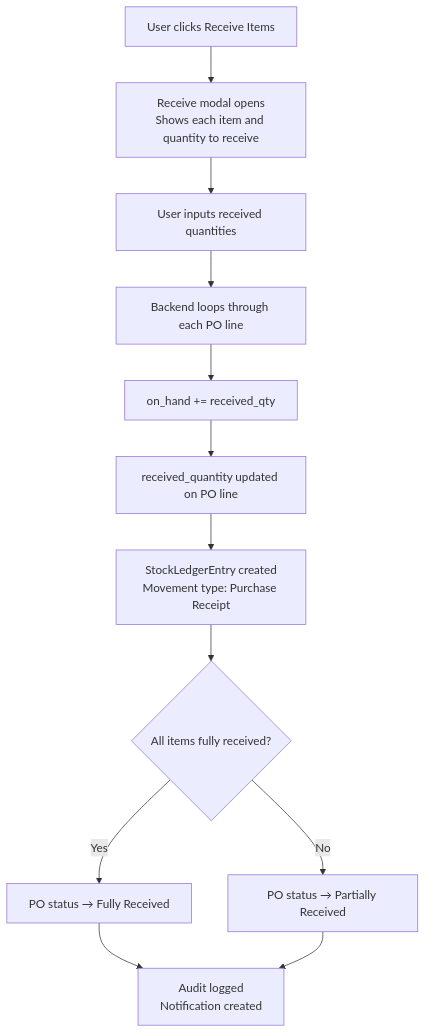
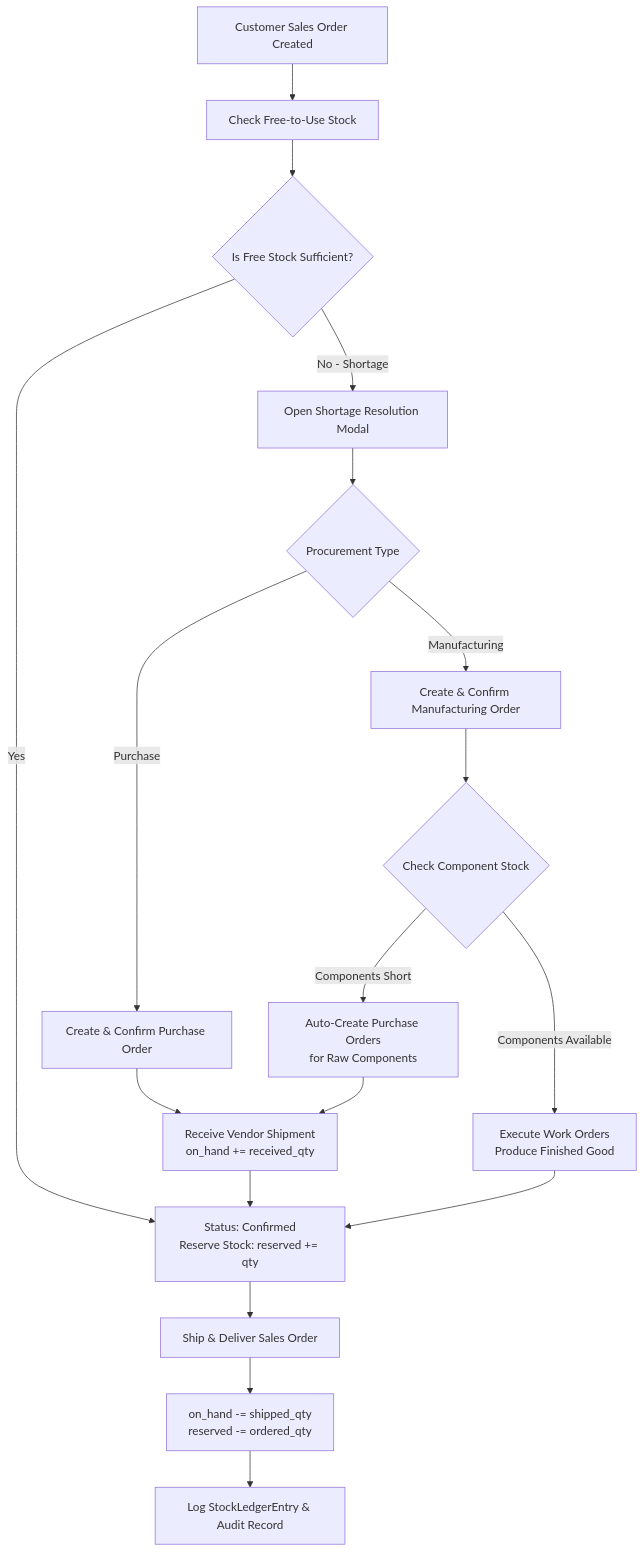
The third of 6 diagrams in README.md (Adgu0205/miniERP-), drawn with Mermaid before and after one commit. The commit also changed other lines of this file and 22 other files, not shown here.

````diff
--- a/README.md
+++ b/README.md
@@ -284,14 +280,24 @@
 ```mermaid
 flowchart TD
-    A[User clicks Receive Items] --> B[Receive modal opens\nShows each item and quantity to receive]
-    B --> C[User inputs received quantities]
-    C --> D[Backend loops through each PO line]
-    D --> E[on_hand += received_qty]
-    E --> F[received_quantity updated on PO line]
-    F --> G[StockLedgerEntry created\nMovement type: Purchase Receipt]
-    G --> H{All items fully received?}
-    H -->|Yes| I[PO status → Fully Received]
-    H -->|No| J[PO status → Partially Received]
-    I --> K[Audit logged\nNotification created]
-    J --> K
+    A[Customer Sales Order Created] --> B[Check Free-to-Use Stock]
+    B --> C{Is Free Stock Sufficient?}
+    C -->|Yes| D[Status: Confirmed\nReserve Stock: reserved += qty]
+    C -->|No - Shortage| E[Open Shortage Resolution Modal]
+    
+    E --> F{Procurement Type}
+    F -->|Purchase| G[Create & Confirm Purchase Order]
+    F -->|Manufacturing| H[Create & Confirm Manufacturing Order]
+    
+    G --> I[Receive Vendor Shipment\non_hand += received_qty]
+    H --> J{Check Component Stock}
+    J -->|Components Available| K[Execute Work Orders\nProduce Finished Good]
+    J -->|Components Short| L[Auto-Create Purchase Orders\nfor Raw Components]
+    L --> I
+    
+    I --> D
+    K --> D
+    
+    D --> M[Ship & Deliver Sales Order]
+    M --> N[on_hand -= shipped_qty\nreserved -= ordered_qty]
+    N --> O[Log StockLedgerEntry & Audit Record]
 ```
````
